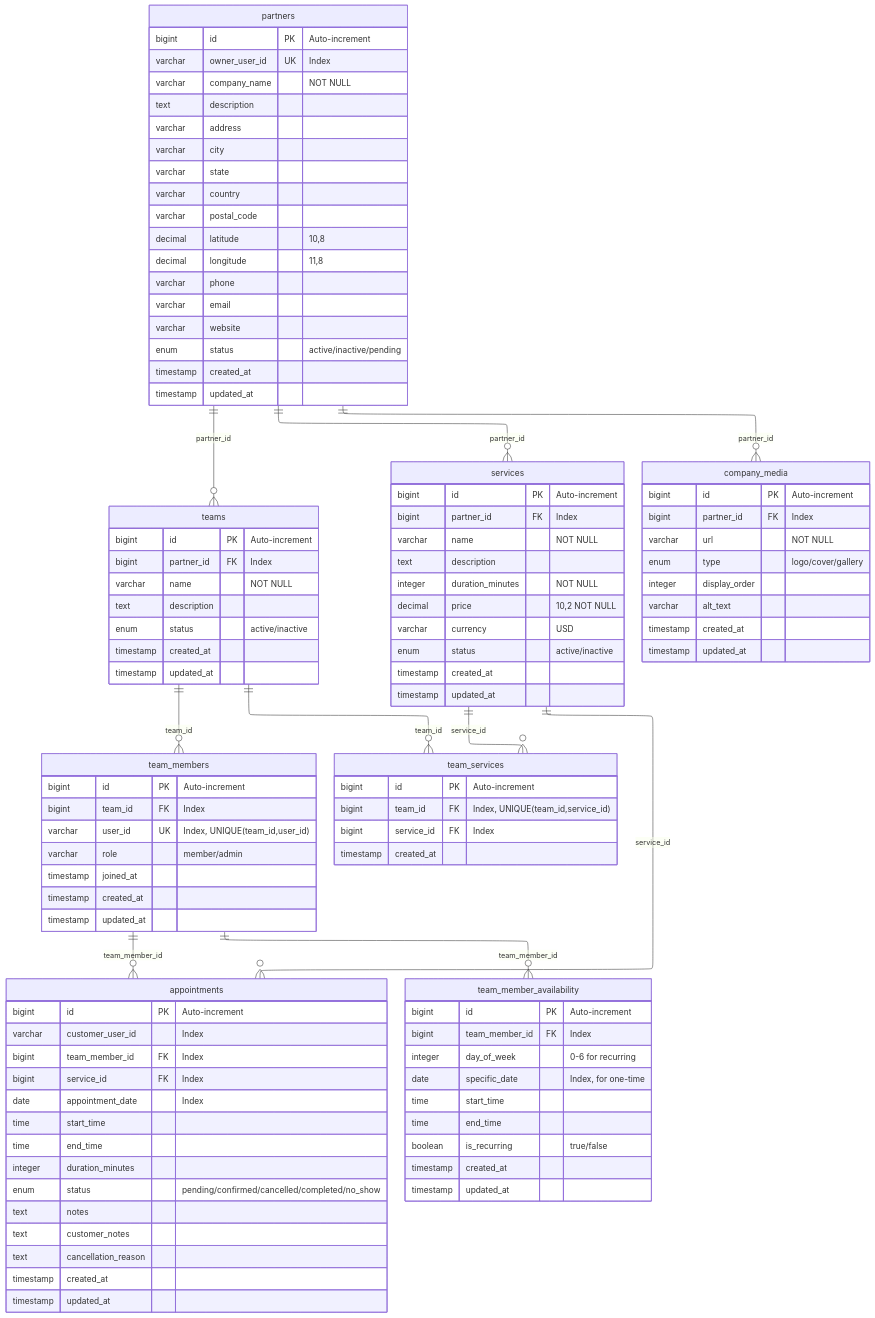
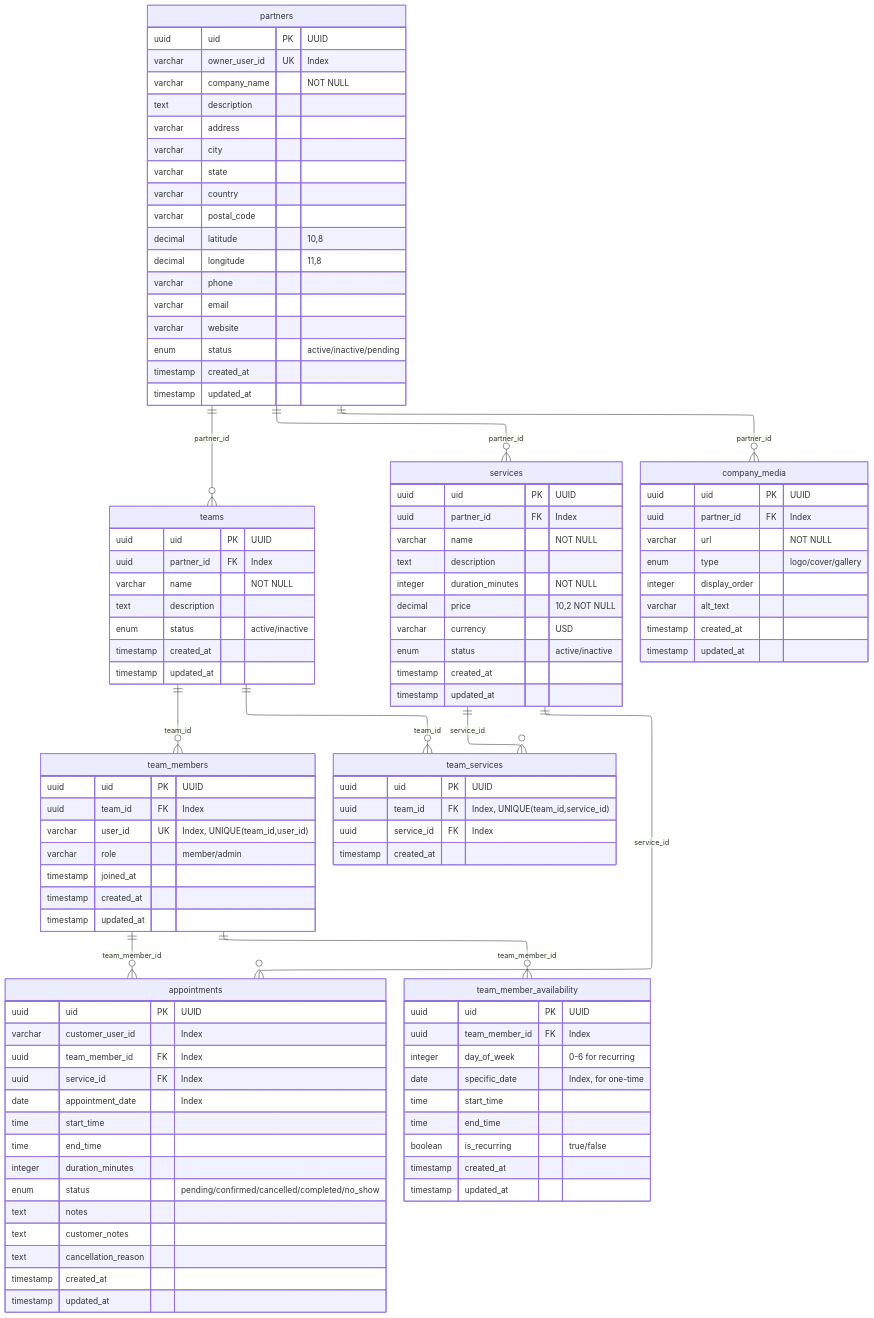
The diagram in services/partner-service/docs/database/physical-model.mermaid (giusmento/pulcherbook-be), drawn with Mermaid before and after one commit. The commit also changed 56 other files, not shown here.

```diff
--- a/services/partner-service/docs/database/physical-model.mermaid
+++ b/services/partner-service/docs/database/physical-model.mermaid
@@ -1,117 +1,117 @@
 ---
 config:
   layout: elk
 ---
 erDiagram
     partners ||--o{ teams : "partner_id"
     partners ||--o{ services : "partner_id"
     partners ||--o{ company_media : "partner_id"
 
     teams ||--o{ team_members : "team_id"
     teams ||--o{ team_services : "team_id"
 
     services ||--o{ team_services : "service_id"
     services ||--o{ appointments : "service_id"
 
     team_members ||--o{ appointments : "team_member_id"
     team_members ||--o{ team_member_availability : "team_member_id"
 
     partners {
-        bigint id PK "Auto-increment"
+        uuid uid PK "UUID"
         varchar owner_user_id UK "Index"
         varchar company_name "NOT NULL"
         text description
         varchar address
         varchar city
         varchar state
         varchar country
         varchar postal_code
         decimal latitude "10,8"
         decimal longitude "11,8"
         varchar phone
         varchar email
         varchar website
         enum status "active/inactive/pending"
         timestamp created_at
         timestamp updated_at
     }
 
     teams {
-        bigint id PK "Auto-increment"
-        bigint partner_id FK "Index"
+        uuid uid PK "UUID"
+        uuid partner_id FK "Index"
         varchar name "NOT NULL"
         text description
         enum status "active/inactive"
         timestamp created_at
         timestamp updated_at
     }
 
     team_members {
-        bigint id PK "Auto-increment"
-        bigint team_id FK "Index"
+        uuid uid PK "UUID"
+        uuid team_id FK "Index"
         varchar user_id UK "Index, UNIQUE(team_id,user_id)"
         varchar role "member/admin"
         timestamp joined_at
         timestamp created_at
         timestamp updated_at
     }
 
     services {
-        bigint id PK "Auto-increment"
-        bigint partner_id FK "Index"
+        uuid uid PK "UUID"
+        uuid partner_id FK "Index"
         varchar name "NOT NULL"
         text description
         integer duration_minutes "NOT NULL"
         decimal price "10,2 NOT NULL"
         varchar currency "USD"
         enum status "active/inactive"
         timestamp created_at
         timestamp updated_at
     }
 
     team_services {
-        bigint id PK "Auto-increment"
-        bigint team_id FK "Index, UNIQUE(team_id,service_id)"
-        bigint service_id FK "Index"
+        uuid uid PK "UUID"
+        uuid team_id FK "Index, UNIQUE(team_id,service_id)"
+        uuid service_id FK "Index"
         timestamp created_at
     }
 
     company_media {
-        bigint id PK "Auto-increment"
-        bigint partner_id FK "Index"
+        uuid uid PK "UUID"
+        uuid partner_id FK "Index"
         varchar url "NOT NULL"
         enum type "logo/cover/gallery"
         integer display_order
         varchar alt_text
         timestamp created_at
         timestamp updated_at
     }
 
     appointments {
-        bigint id PK "Auto-increment"
+        uuid uid PK "UUID"
         varchar customer_user_id "Index"
-        bigint team_member_id FK "Index"
-        bigint service_id FK "Index"
+        uuid team_member_id FK "Index"
+        uuid service_id FK "Index"
         date appointment_date "Index"
         time start_time
         time end_time
         integer duration_minutes
         enum status "pending/confirmed/cancelled/completed/no_show"
         text notes
         text customer_notes
         text cancellation_reason
         timestamp created_at
         timestamp updated_at
     }
 
     team_member_availability {
-        bigint id PK "Auto-increment"
-        bigint team_member_id FK "Index"
+        uuid uid PK "UUID"
+        uuid team_member_id FK "Index"
         integer day_of_week "0-6 for recurring"
         date specific_date "Index, for one-time"
         time start_time
         time end_time
         boolean is_recurring "true/false"
         timestamp created_at
         timestamp updated_at
     }
```
